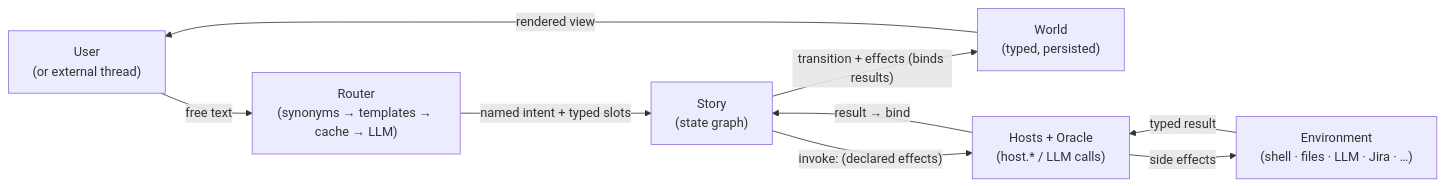
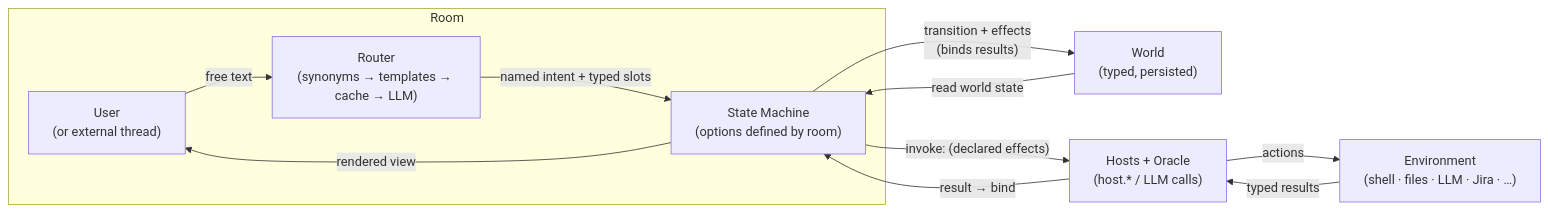
Before and after one commit to constructorfabric/Kitsoki: the first of 2 diagrams in docs/stories/architecture.md, drawn with Mermaid. The commit also changed 1 other file, not shown here.

Commit message:
docs/stories: note oracle off-ramp in state-machine; refine arch diagram
state-machine.md cross-links the planned oracle off-ramp from the
off-path section; architecture.md's overview mermaid groups
user/router/state-machine into a Room subgraph and shows the world
read-back edge.

````diff
--- a/docs/stories/architecture.md
+++ b/docs/stories/architecture.md
@@ -31,19 +31,22 @@
 ```mermaid
 flowchart LR
-    User["User<br/>(or external thread)"]
-    Router["Router<br/>(synonyms → templates → cache → LLM)"]
-    App["Story<br/>(state graph)"]
+    subgraph Room["Room"]
+        User["User<br/>(or external thread)"]
+        Router["Router<br/>(synonyms → templates → cache → LLM)"]
+        App["State Machine<br/>(options defined by room)"]
+    end
     World["World<br/>(typed, persisted)"]
     Hosts["Hosts + Oracle<br/>(host.* / LLM calls)"]
     Ext["Environment<br/>(shell · files · LLM · Jira · …)"]
 
     User -- "free text" --> Router
     Router -- "named intent + typed slots" --> App
-    App -- "transition + effects (binds results)" --> World
-    World -- "rendered view" --> User
+    App -- "transition + effects\n(binds results)" --> World
+    World -- "read world state" --> App
+    App -- "rendered view" --> User
 
     App -- "invoke: (declared effects)" --> Hosts
-    Hosts -- "side effects" --> Ext
-    Ext -- "typed result" --> Hosts
+    Hosts -- "actions" --> Ext
+    Ext -- "typed results" --> Hosts
     Hosts -- "result → bind" --> App
 ```
````
